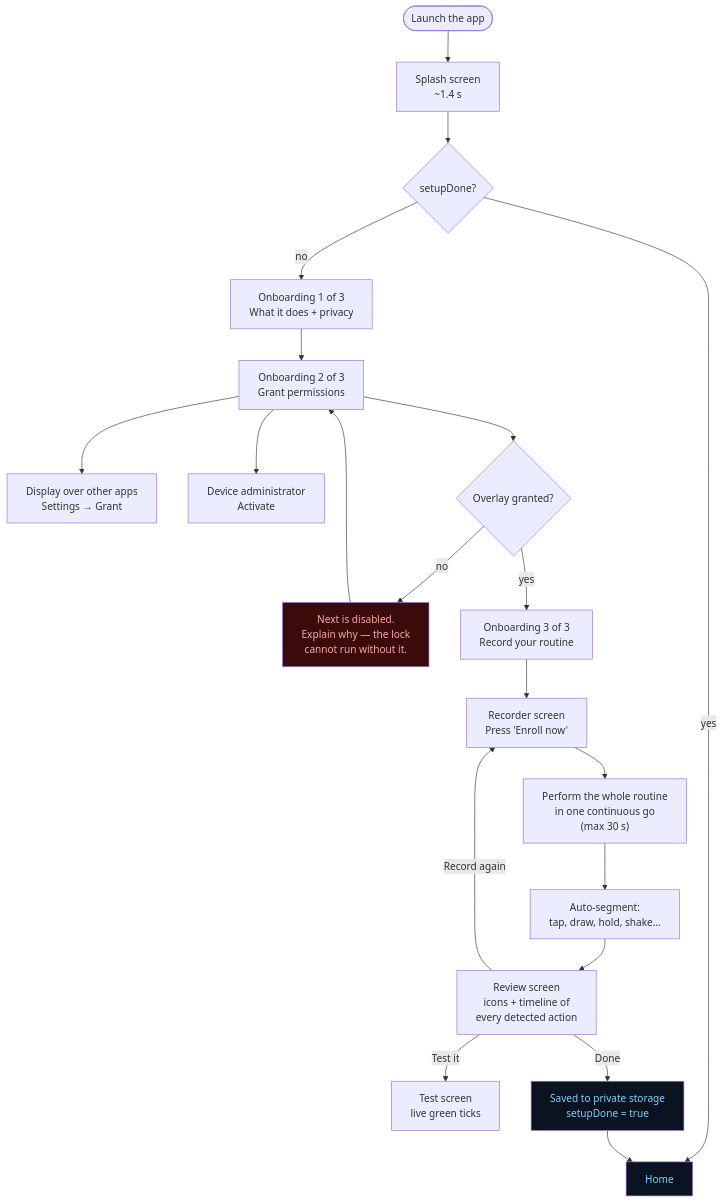
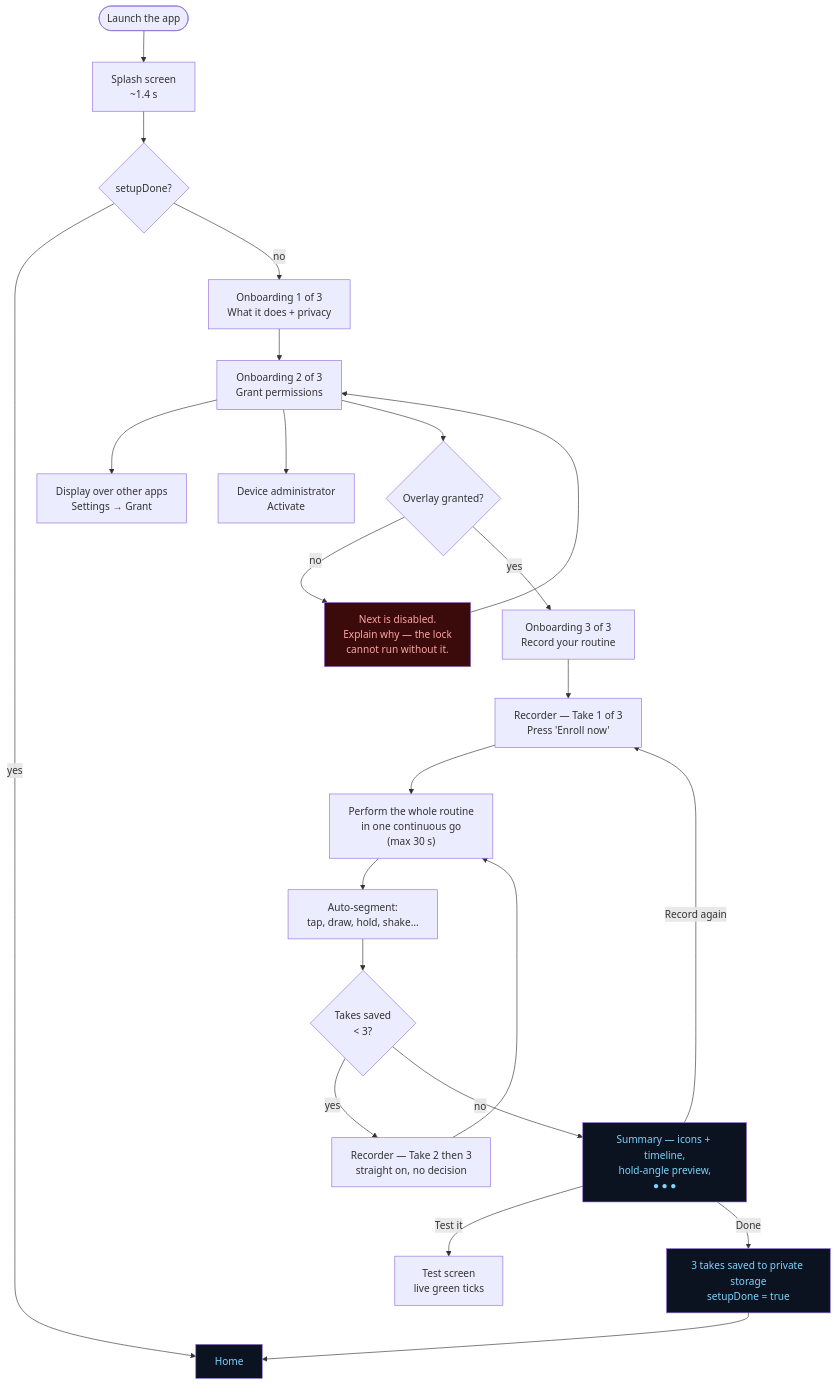
One commit to MITHUNMITS/behavioral-lock changed the seventh of 12 diagrams in README.md. Above: the diagram before and after it, drawn with Mermaid. The commit also changed other lines of this file, not shown here.

First line of the commit message:
README: multi-take enrolment, and every diagram brought up to date

````diff
--- a/README.md
+++ b/README.md
@@ -290,27 +310,32 @@
 ```mermaid
 flowchart TD
     L(["Launch the app"]) --> SPLASH["Splash screen<br/>~1.4 s"]
     SPLASH --> Q{"setupDone?"}
     Q -->|yes| HOME["Home"]
     Q -->|no| OB1["Onboarding 1 of 3<br/>What it does + privacy"]
     OB1 --> OB2["Onboarding 2 of 3<br/>Grant permissions"]
     OB2 --> P1["Display over other apps<br/>Settings → Grant"]
     OB2 --> P2["Device administrator<br/>Activate"]
     OB2 --> GATE{"Overlay granted?"}
     GATE -->|no| WARN["Next is disabled.<br/>Explain why — the lock<br/>cannot run without it."]
     WARN --> OB2
     GATE -->|yes| OB3["Onboarding 3 of 3<br/>Record your routine"]
     OB3 --> REC
-    REC["Recorder screen<br/>Press 'Enroll now'"]
+    REC["Recorder — Take 1 of 3<br/>Press 'Enroll now'"]
     REC --> PERFORM["Perform the whole routine<br/>in one continuous go<br/>(max 30 s)"]
     PERFORM --> SEG["Auto-segment:<br/>tap, draw, hold, shake…"]
-    SEG --> REVIEW["Review screen<br/>icons + timeline of<br/>every detected action"]
+    SEG --> NEXT{"Takes saved<br/>&lt; 3?"}
+    NEXT -->|yes| AGAIN
+    AGAIN["Recorder — Take 2 then 3<br/>straight on, no decision"]
+    AGAIN --> PERFORM
+    NEXT -->|no| REVIEW["Summary — icons + timeline,<br/>hold-angle preview,<br/>● ● ●"]
     REVIEW -->|"Record again"| REC
     REVIEW -->|"Test it"| TEST["Test screen<br/>live green ticks"]
-    REVIEW -->|"Done"| ENROLLED["Saved to private storage<br/>setupDone = true"]
+    REVIEW -->|"Done"| ENROLLED["3 takes saved to private storage<br/>setupDone = true"]
     ENROLLED --> HOME
 
     style HOME fill:#0B1220,color:#7DD3FC
     style ENROLLED fill:#0B1220,color:#7DD3FC
+    style REVIEW fill:#0B1220,color:#7DD3FC
     style WARN fill:#3B0A0A,color:#FCA5A5
 ```
````
